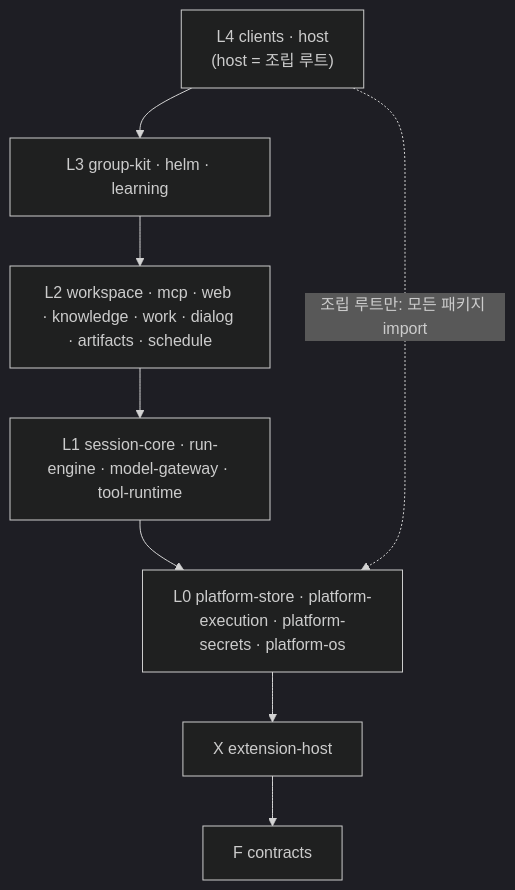
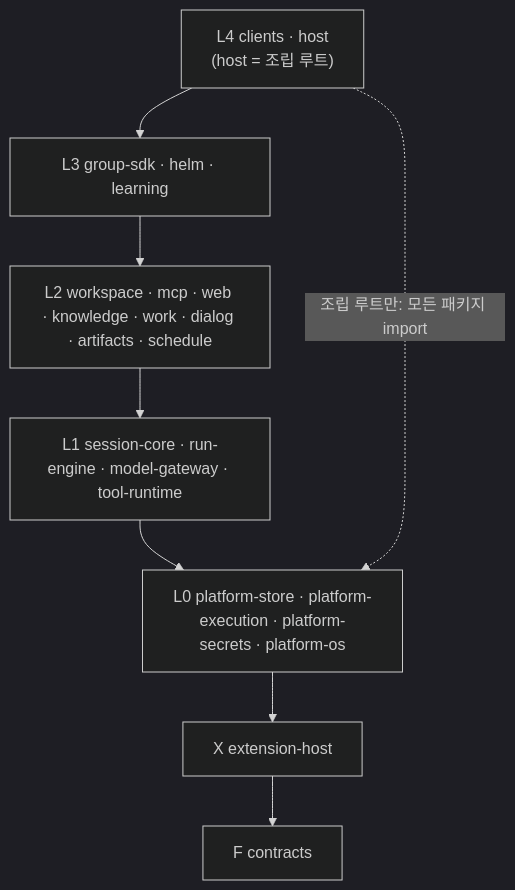
One commit to Rengod95/Helm-Agent_Docs_OS changed the second of 2 diagrams in docs/xeon/engineering/context-map/design.md. Above: the diagram before and after it, drawn with Mermaid (dark theme). The commit also changed other lines of this file and 328 other files, not shown here.

````diff
--- a/docs/xeon/engineering/context-map/design.md
+++ b/docs/xeon/engineering/context-map/design.md
@@ -174,10 +174,10 @@
 ```mermaid
 flowchart TD
-  L4["L4 clients · host<br/>(host = 조립 루트)"] --> L3["L3 group-kit · helm · learning"]
+  L4["L4 clients · host<br/>(host = 조립 루트)"] --> L3["L3 group-sdk · helm · learning"]
   L3 --> L2["L2 workspace · mcp · web · knowledge · work · dialog · artifacts · schedule"]
   L2 --> L1["L1 session-core · run-engine · model-gateway · tool-runtime"]
   L1 --> L0["L0 platform-store · platform-execution · platform-secrets · platform-os"]
   L0 --> X["X extension-host"]
   X --> F["F contracts"]
   L4 -.->|"조립 루트만: 모든 패키지 import"| L0
 ```
````
